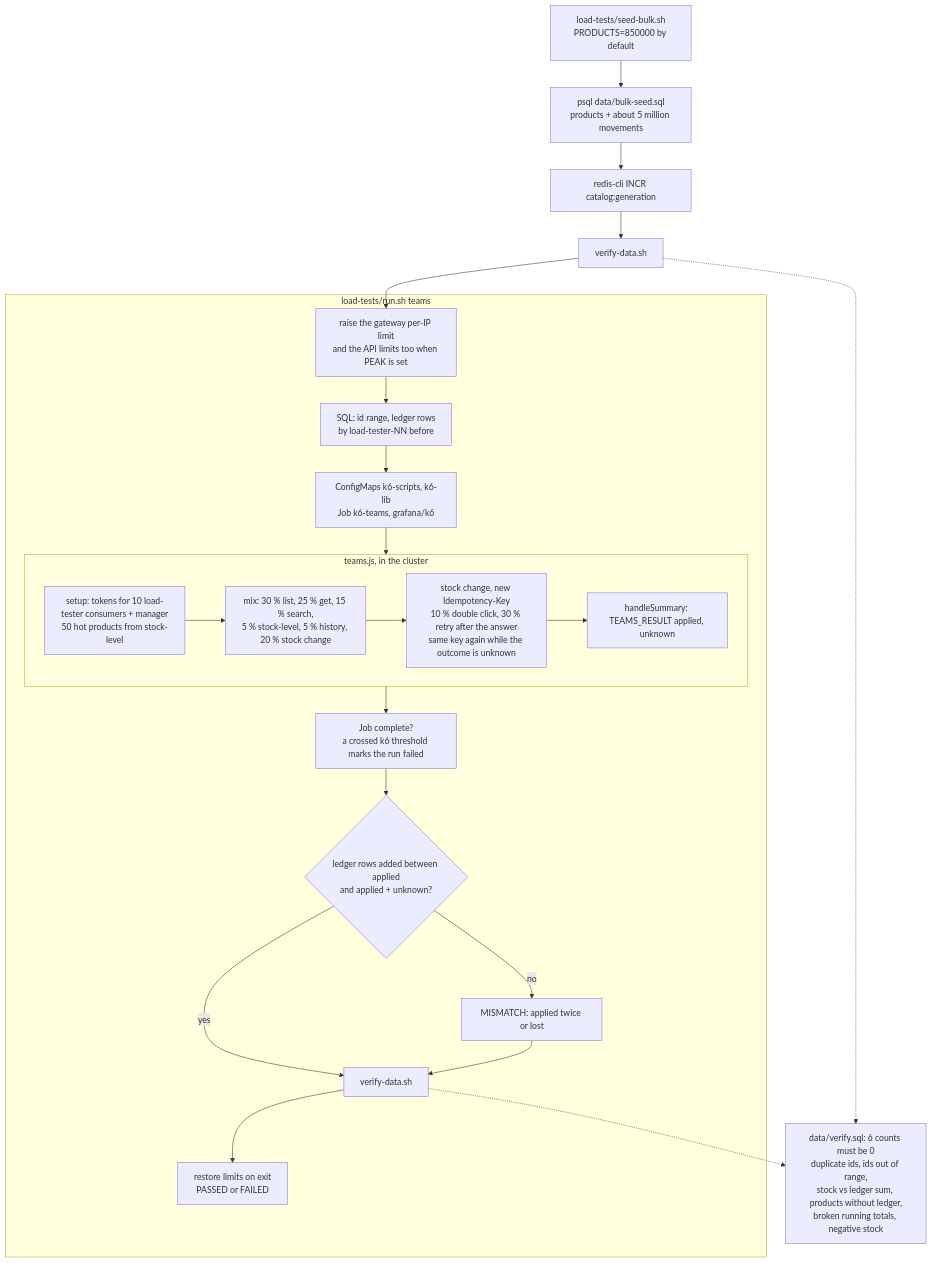
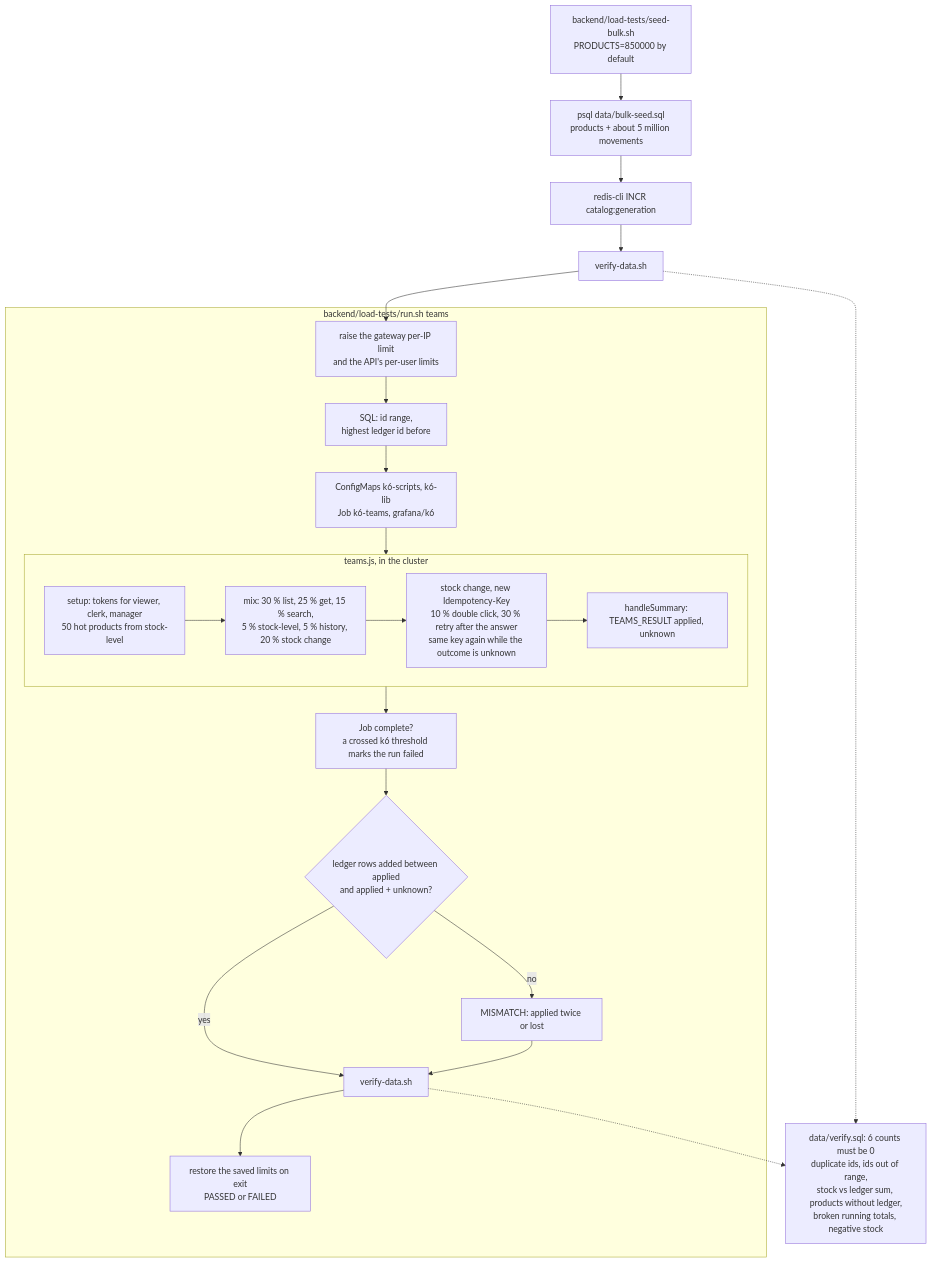
Diagram 17 of 19 in docs/flows.md (RubenCipriano/zeiss-product-management), drawn with Mermaid before and after one commit. The commit also changed other lines of this file and 50 other files, not shown here.

````diff
--- a/docs/flows.md
+++ b/docs/flows.md
@@ -753,29 +807,29 @@
 ```mermaid
 flowchart TD
-    seed["load-tests/seed-bulk.sh<br/>PRODUCTS=850000 by default"] --> s1["psql data/bulk-seed.sql<br/>products + about 5 million movements"]
+    seed["backend/load-tests/seed-bulk.sh<br/>PRODUCTS=850000 by default"] --> s1["psql data/bulk-seed.sql<br/>products + about 5 million movements"]
     s1 --> s2["redis-cli INCR catalog:generation"]
     s2 --> s3["verify-data.sh"]
     s3 --> r1
 
-    subgraph run["load-tests/run.sh teams"]
-        r1["raise the gateway per-IP limit<br/>and the API limits too when PEAK is set"] --> r2["SQL: id range, ledger rows<br/>by load-tester-NN before"]
+    subgraph run["backend/load-tests/run.sh teams"]
+        r1["raise the gateway per-IP limit<br/>and the API's per-user limits"] --> r2["SQL: id range,<br/>highest ledger id before"]
         r2 --> r3["ConfigMaps k6-scripts, k6-lib<br/>Job k6-teams, grafana/k6"]
         r3 --> k6
         k6 --> r4["Job complete?<br/>a crossed k6 threshold marks the run failed"]
         r4 --> r5{"ledger rows added between applied<br/>and applied + unknown?"}
         r5 -->|"no"| mm["MISMATCH: applied twice or lost"]
         r5 -->|"yes"| r6["verify-data.sh"]
         mm --> r6
-        r6 --> r7["restore limits on exit<br/>PASSED or FAILED"]
+        r6 --> r7["restore the saved limits on exit<br/>PASSED or FAILED"]
     end
 
     subgraph k6["teams.js, in the cluster"]
-        t1["setup: tokens for 10 load-tester consumers + manager<br/>50 hot products from stock-level"] --> t2["mix: 30 % list, 25 % get, 15 % search,<br/>5 % stock-level, 5 % history, 20 % stock change"]
+        t1["setup: tokens for viewer, clerk, manager<br/>50 hot products from stock-level"] --> t2["mix: 30 % list, 25 % get, 15 % search,<br/>5 % stock-level, 5 % history, 20 % stock change"]
         t2 --> t3["stock change, new Idempotency-Key<br/>10 % double click, 30 % retry after the answer<br/>same key again while the outcome is unknown"]
         t3 --> t4["handleSummary: TEAMS_RESULT applied, unknown"]
     end
 
     s4["data/verify.sql: 6 counts must be 0<br/>duplicate ids, ids out of range,<br/>stock vs ledger sum, products without ledger,<br/>broken running totals, negative stock"]
     r6 -.-> s4
     s3 -.-> s4
 ```
````
